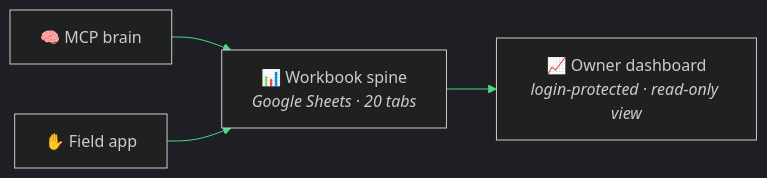
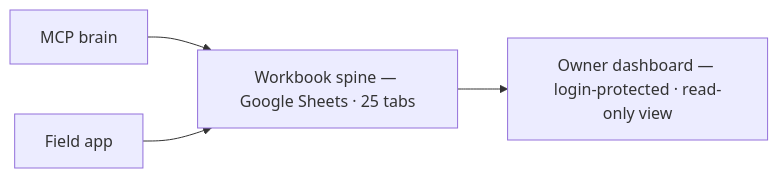
The diagram in docs/DASHBOARD.md (kr8tiv-ai/evolved), drawn with Mermaid before and after one commit. The commit also changed 6 other files, not shown here.

Commit message:
Docs: GitHub-safe mermaid across all 5 diagrams + reconcile 20->25 tab counts everywhere

````diff
--- a/docs/DASHBOARD.md
+++ b/docs/DASHBOARD.md
@@ -31,7 +31,6 @@
 ```mermaid
-%%{init: {"theme": "dark", "themeVariables": {"primaryColor": "#101010", "primaryBorderColor": "#4ade80", "primaryTextColor": "#f3f4f6", "lineColor": "#4ade80", "fontFamily": "Segoe UI"}}}%%
 flowchart LR
-    MCP["🧠 MCP brain"] --> WB["📊 Workbook spine<br><i>Google Sheets · 20 tabs</i>"]
-    FA["✋ Field app"] --> WB
-    WB --> DASH["📈 Owner dashboard<br><i>login-protected · read-only view</i>"]
+    MCP["MCP brain"] --> WB["Workbook spine — Google Sheets · 25 tabs"]
+    FA["Field app"] --> WB
+    WB --> DASH["Owner dashboard — login-protected · read-only view"]
 ```
````
